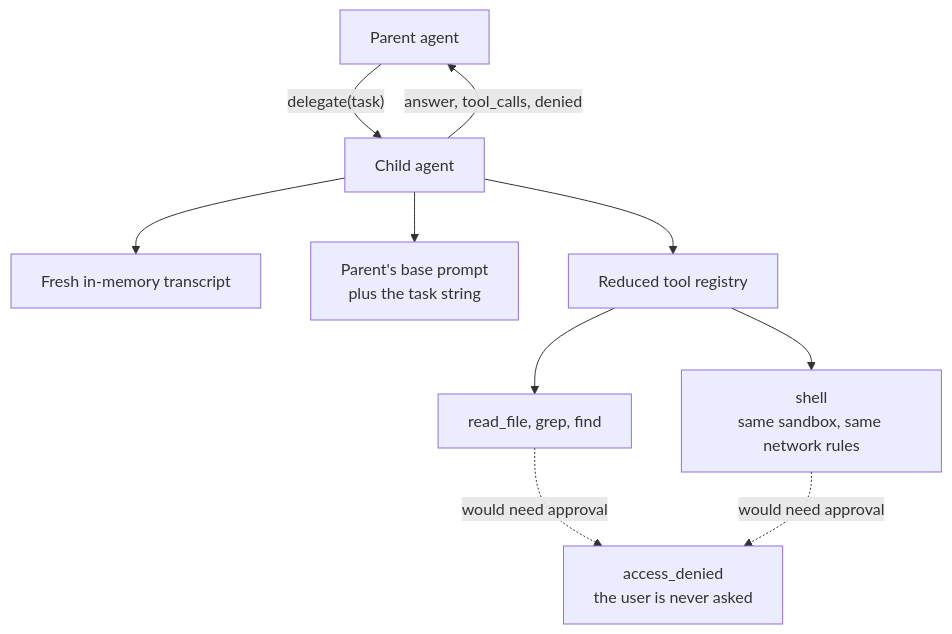
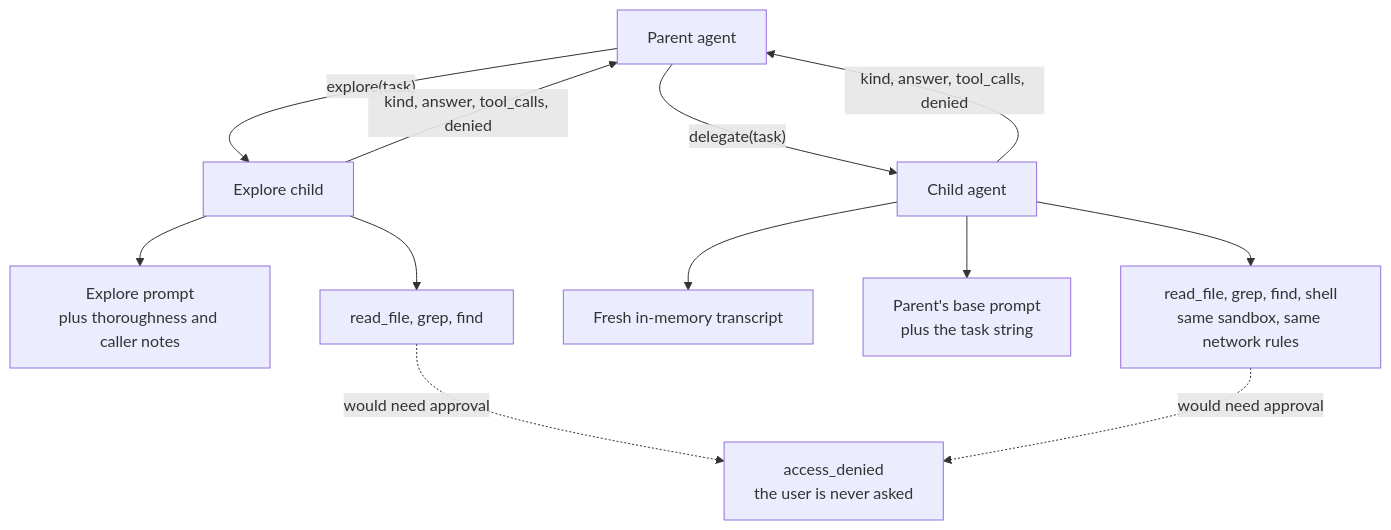
One commit to cgund98/gopi changed the diagram in docs/src/concepts/subagents.md. Above: the diagram before and after it, drawn with Mermaid. The commit also changed other lines of this file and 29 other files, not shown here.

Commit message:
feat: support explore mode for delegate

````diff
--- a/docs/src/concepts/subagents.md
+++ b/docs/src/concepts/subagents.md
@@ -12,12 +28,14 @@
 ```mermaid
 flowchart TD
-    Parent["Parent agent"] -->|"delegate(task)"| Child["Child agent"]
+    Parent["Parent agent"] -->|"explore(task)"| Explorer["Explore child"]
+    Parent -->|"delegate(task)"| Child["Child agent"]
+    Explorer --> Prompt["Explore prompt<br/>plus thoroughness and caller notes"]
+    Explorer --> ReadOnly["read_file, grep, find"]
     Child --> Store["Fresh in-memory transcript"]
-    Child --> Prompt["Parent's base prompt<br/>plus the task string"]
-    Child --> Registry["Reduced tool registry"]
-    Registry --> Read["read_file, grep, find"]
-    Registry --> Shell["shell<br/>same sandbox, same network rules"]
-    Read -.->|"would need approval"| Denied["access_denied<br/>the user is never asked"]
-    Shell -.->|"would need approval"| Denied
-    Child -->|"answer, tool_calls, denied"| Parent
+    Child --> Base["Parent's base prompt<br/>plus the task string"]
+    Child --> Registry["read_file, grep, find, shell<br/>same sandbox, same network rules"]
+    ReadOnly -.->|"would need approval"| Denied["access_denied<br/>the user is never asked"]
+    Registry -.->|"would need approval"| Denied
+    Explorer -->|"kind, answer, tool_calls, denied"| Parent
+    Child -->|"kind, answer, tool_calls, denied"| Parent
 ```
````
